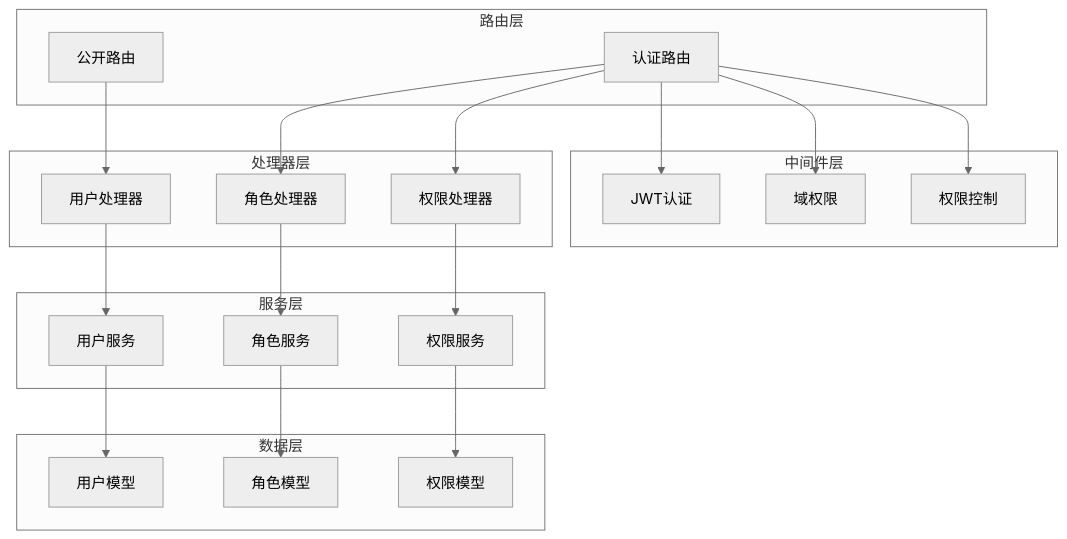
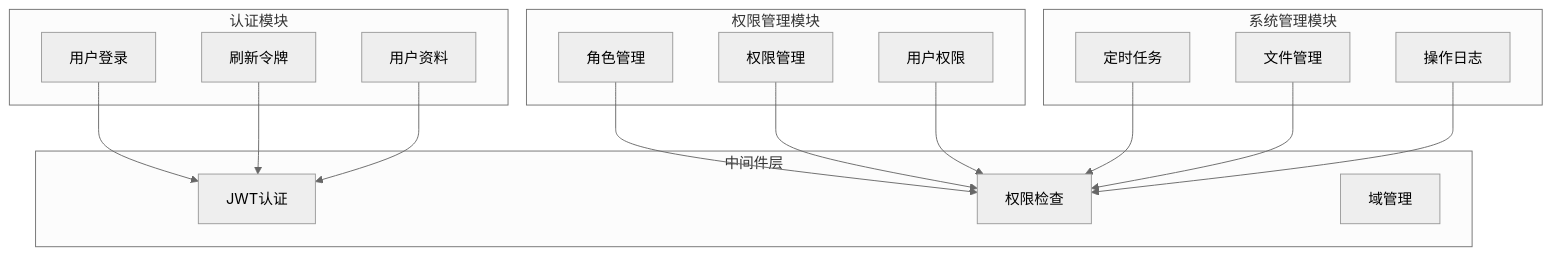
One commit to wuwuseo/e-sports-go-admin changed the fifth of 6 diagrams in .qoder/repowiki/zh/content/API接口文档/API接口文档.md. Above: the diagram before and after it, drawn with Mermaid (neutral theme). The commit also changed other lines of this file and 141 other files, not shown here.

````diff
--- a/.qoder/repowiki/zh/content/API接口文档/API接口文档.md
+++ b/.qoder/repowiki/zh/content/API接口文档/API接口文档.md
@@ -446,39 +189,32 @@
 ```mermaid
-graph TD
-subgraph "路由层"
-PublicRoutes[公开路由]
-AuthRoutes[认证路由]
+graph TB
+subgraph "认证模块"
+Login[用户登录]
+Refresh[刷新令牌]
+Profile[用户资料]
+end
+subgraph "权限管理模块"
+Roles[角色管理]
+Permissions[权限管理]
+UserPerms[用户权限]
+end
+subgraph "系统管理模块"
+CronJobs[定时任务]
+Attachments[文件管理]
+OperationLogs[操作日志]
 end
 subgraph "中间件层"
 JWTAuth[JWT认证]
-DomainAuth[域权限]
-PermissionAuth[权限控制]
+Permission[权限检查]
+Domain[域管理]
 end
-subgraph "处理器层"
-UserHandler[用户处理器]
-RoleHandler[角色处理器]
-PermissionHandler[权限处理器]
-end
-subgraph "服务层"
-UserService[用户服务]
-RoleService[角色服务]
-PermissionService[权限服务]
-end
-subgraph "数据层"
-UserModel[用户模型]
-RoleModel[角色模型]
-PermissionModel[权限模型]
-end
-PublicRoutes --> UserHandler
-AuthRoutes --> JWTAuth
-AuthRoutes --> DomainAuth
-AuthRoutes --> PermissionAuth
-AuthRoutes --> RoleHandler
-AuthRoutes --> PermissionHandler
-UserHandler --> UserService
-RoleHandler --> RoleService
-PermissionHandler --> PermissionService
-UserService --> UserModel
-RoleService --> RoleModel
-PermissionService --> PermissionModel
+Login --> JWTAuth
+Refresh --> JWTAuth
+Profile --> JWTAuth
+Roles --> Permission
+Permissions --> Permission
+UserPerms --> Permission
+CronJobs --> Permission
+Attachments --> Permission
+OperationLogs --> Permission
 ```
````
